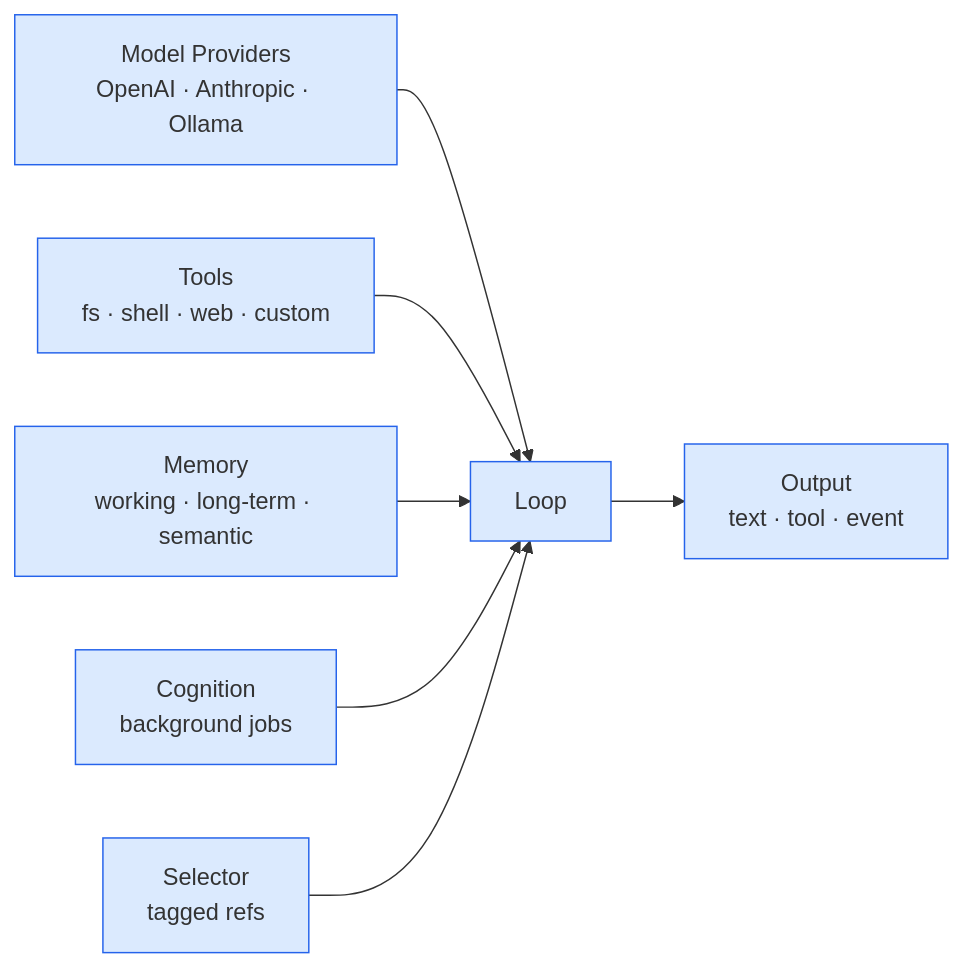
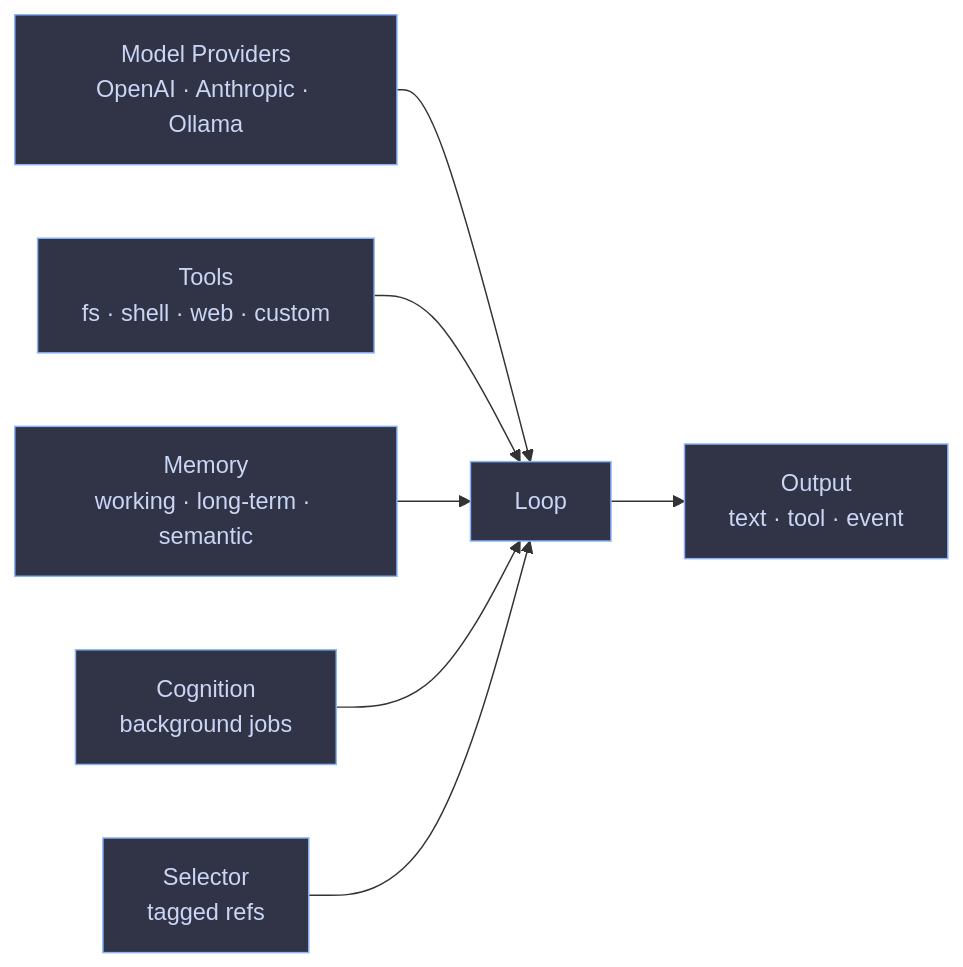
One commit to q15co/slides changed the fourth of 5 diagrams in slides.md. Above: the diagram before and after it, drawn with Mermaid. The commit also changed other lines of this file and 16 other files, not shown here.

````diff
--- a/slides.md
+++ b/slides.md
@@ -393,14 +436,14 @@
 ```mermaid {scale: 0.55}
 flowchart LR
     P[Model Providers<br/>OpenAI · Anthropic · Ollama] --> L[Loop]
     T[Tools<br/>fs · shell · web · custom] --> L
     MEM[Memory<br/>working · long-term · semantic] --> L
     COG[Cognition<br/>background jobs] --> L
     SEL[Selector<br/>tagged refs] --> L
 
     L --> OUT[Output<br/>text · tool · event]
 
-    classDef ext fill:#fef3c7,stroke:#d97706
-    classDef q15 fill:#dbeafe,stroke:#2563eb
+    classDef ext fill:#303446,stroke:#f9e2af,color:#cad6f5
+    classDef q15 fill:#303446,stroke:#89b4fa,color:#cad6f5
     class P,T,MEM,COG,SEL,L,OUT q15
 ```
````
